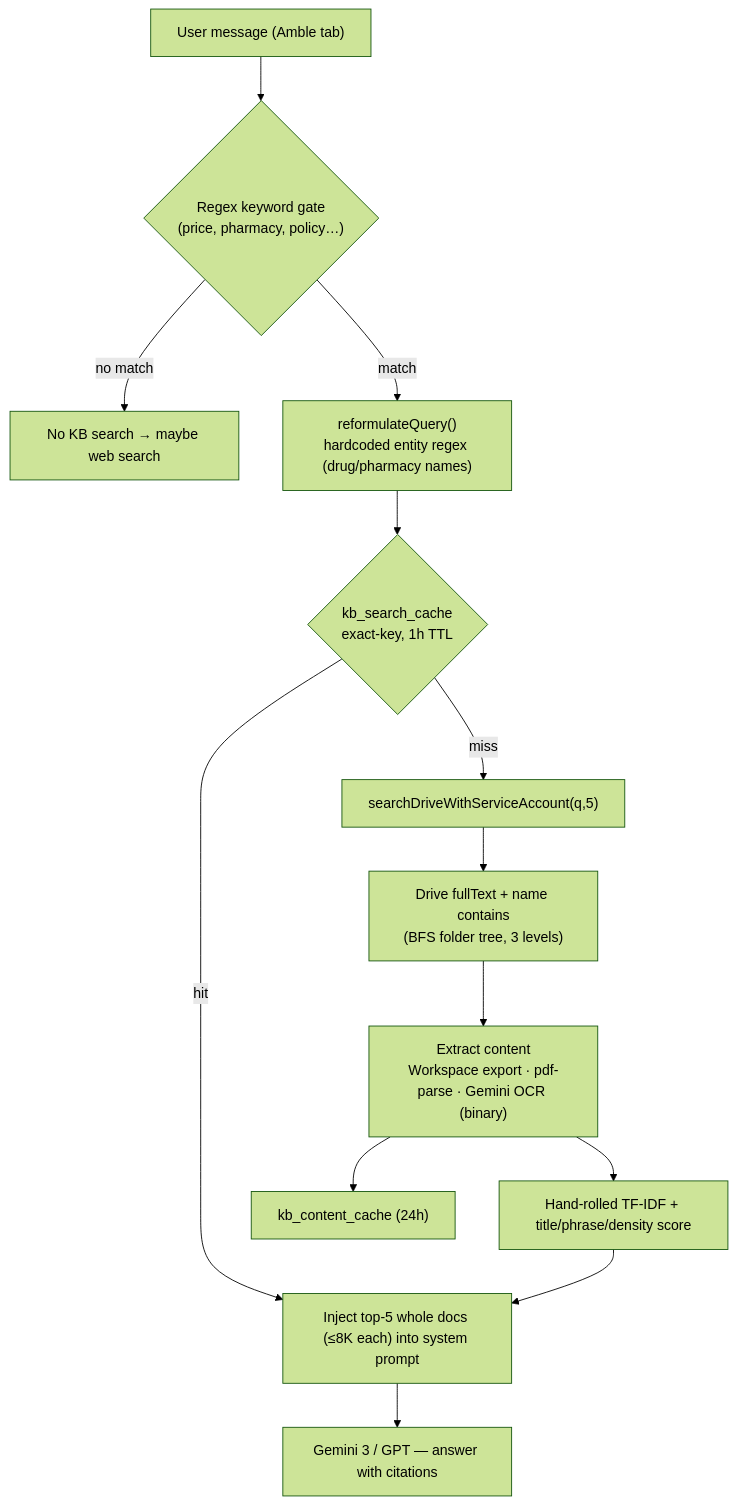
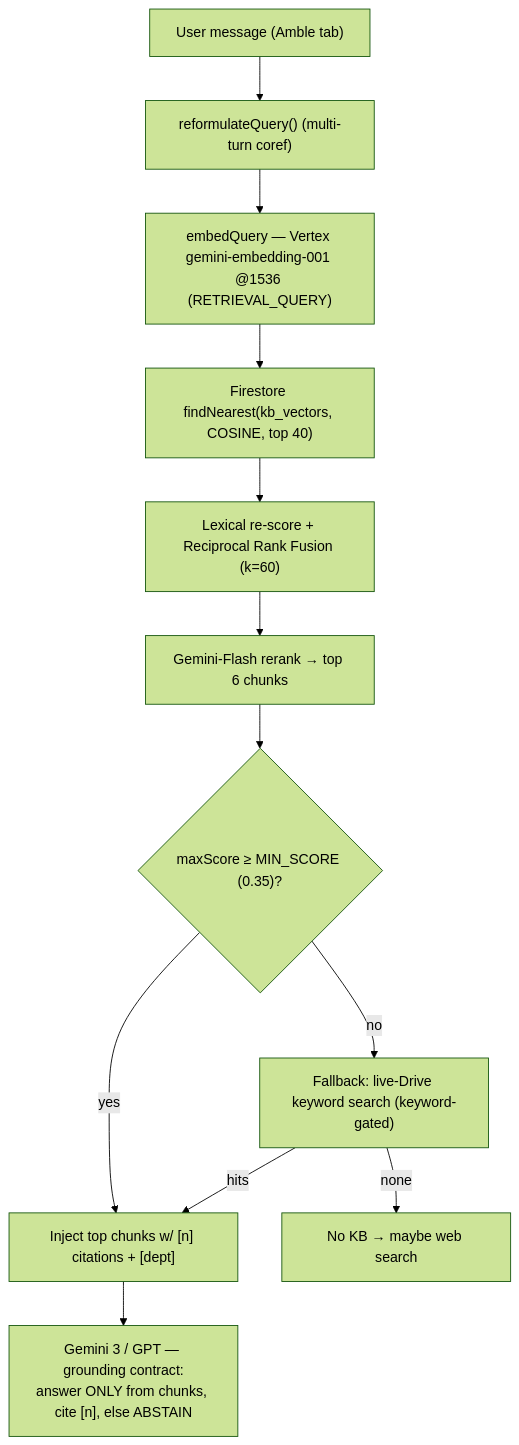
One commit to Havs5/Amble-AI changed the tenth of 13 diagrams in docs/ARCHITECTURE.md. Above: the diagram before and after it, drawn with Mermaid (forest theme). The commit also changed other lines of this file and 11 other files, not shown here.

First line of the commit message:
feat(kb): vector RAG — gemini-embedding-001 + findNearest + RRF + rerank + grounding

````diff
--- a/docs/ARCHITECTURE.md
+++ b/docs/ARCHITECTURE.md
@@ -414,15 +414,14 @@
 ```mermaid
 flowchart TD
-    Q["User message (Amble tab)"] --> KW{"Regex keyword gate<br/>(price, pharmacy, policy…)"}
-    KW -->|no match| WEB["No KB search → maybe web search"]
-    KW -->|match| RF["reformulateQuery()<br/>hardcoded entity regex (drug/pharmacy names)"]
-    RF --> C{"kb_search_cache<br/>exact-key, 1h TTL"}
-    C -->|hit| INJ
-    C -->|miss| DRV["searchDriveWithServiceAccount(q,5)"]
-    DRV --> KX["Drive fullText + name contains<br/>(BFS folder tree, 3 levels)"]
-    KX --> EX["Extract content<br/>Workspace export · pdf-parse · Gemini OCR (binary)"]
-    EX --> CC["kb_content_cache (24h)"]
-    EX --> SC["Hand-rolled TF-IDF + title/phrase/density score"]
-    SC --> INJ["Inject top-5 whole docs (≤8K each) into system prompt"]
-    INJ --> LLM["Gemini 3 / GPT — answer with citations"]
+    Q["User message (Amble tab)"] --> RF["reformulateQuery() (multi-turn coref)"]
+    RF --> EMB["embedQuery — Vertex gemini-embedding-001 @1536 (RETRIEVAL_QUERY)"]
+    EMB --> KNN["Firestore findNearest(kb_vectors, COSINE, top 40)"]
+    KNN --> RRF["Lexical re-score + Reciprocal Rank Fusion (k=60)"]
+    RRF --> RR["Gemini-Flash rerank → top 6 chunks"]
+    RR --> FLOOR{"maxScore ≥ MIN_SCORE (0.35)?"}
+    FLOOR -->|yes| INJ["Inject top chunks w/ [n] citations + [dept]"]
+    FLOOR -->|no| FB["Fallback: live-Drive keyword search (keyword-gated)"]
+    FB -->|hits| INJ
+    FB -->|none| WEB["No KB → maybe web search"]
+    INJ --> LLM["Gemini 3 / GPT — grounding contract:<br/>answer ONLY from chunks, cite [n], else ABSTAIN"]
 ```
````
